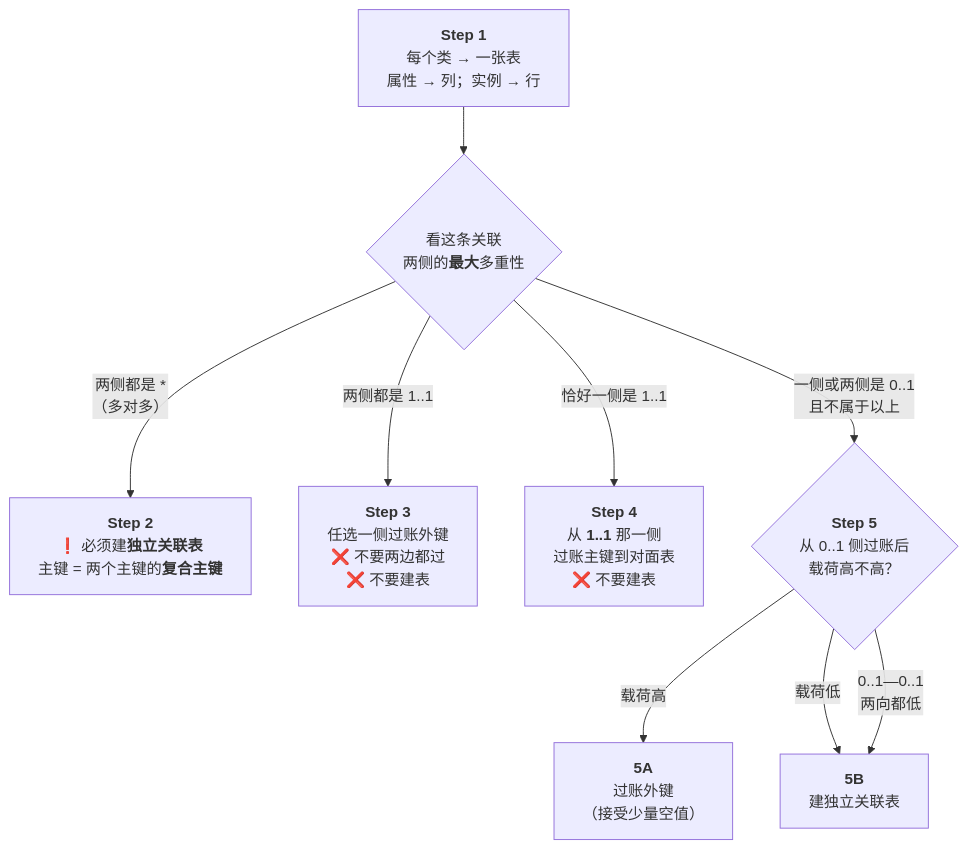
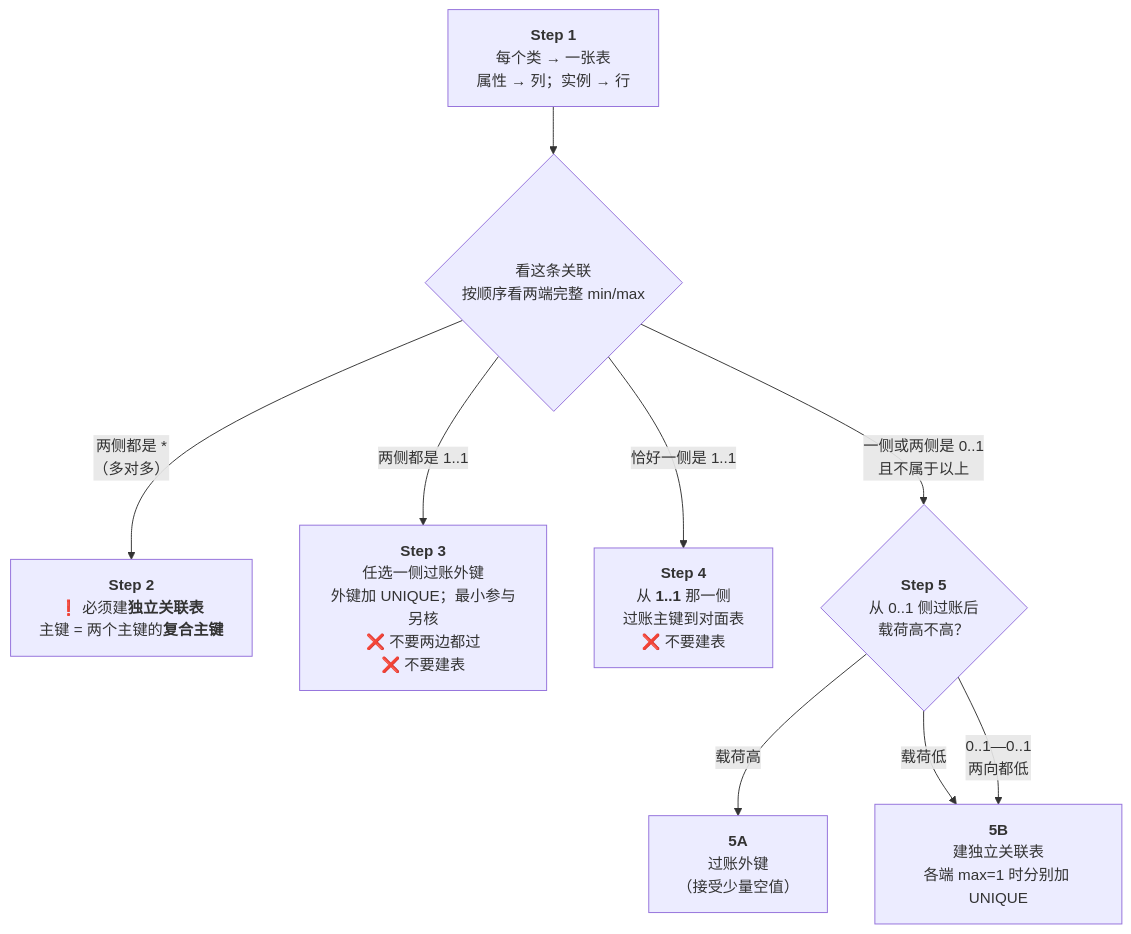
The sixth of 9 diagrams in AC6761_Artificial_Intelligence_Accounting/notes/M04-REA会计模型.md (CercaTrovato/cityu-ai-course-notes), drawn with Mermaid before and after one commit. The commit also changed other lines of this file and 116 other files, not shown here.

````diff
--- a/AC6761_Artificial_Intelligence_Accounting/notes/M04-REA会计模型.md
+++ b/AC6761_Artificial_Intelligence_Accounting/notes/M04-REA会计模型.md
@@ -3271,14 +3302,14 @@
 ```mermaid
 flowchart TD
     S1["<b>Step 1</b><br/>每个类 → 一张表<br/>属性 → 列；实例 → 行"]
-    S1 --> Q1{"看这条关联<br/>两侧的<b>最大</b>多重性"}
+    S1 --> Q1{"看这条关联<br/>按顺序看两端完整 min/max"}
 
     Q1 -->|"两侧都是 *<br/>（多对多）"| S2["<b>Step 2</b><br/>❗ 必须建<b>独立关联表</b><br/>主键 = 两个主键的<b>复合主键</b>"]
-    Q1 -->|"两侧都是 1..1"| S3["<b>Step 3</b><br/>任选一侧过账外键<br/>❌ 不要两边都过<br/>❌ 不要建表"]
+    Q1 -->|"两侧都是 1..1"| S3["<b>Step 3</b><br/>任选一侧过账外键<br/>外键加 UNIQUE；最小参与另核<br/>❌ 不要两边都过<br/>❌ 不要建表"]
     Q1 -->|"恰好一侧是 1..1"| S4["<b>Step 4</b><br/>从 <b>1..1</b> 那一侧<br/>过账主键到对面表<br/>❌ 不要建表"]
     Q1 -->|"一侧或两侧是 0..1<br/>且不属于以上"| Q5{"<b>Step 5</b><br/>从 0..1 侧过账后<br/>载荷高不高？"}
 
     Q5 -->|"载荷高"| S5A["<b>5A</b><br/>过账外键<br/>（接受少量空值）"]
-    Q5 -->|"载荷低"| S5B["<b>5B</b><br/>建独立关联表"]
+    Q5 -->|"载荷低"| S5B["<b>5B</b><br/>建独立关联表<br/>各端 max=1 时分别加 UNIQUE"]
     Q5 -->|"0..1—0..1<br/>两向都低"| S5B
 ```
````
